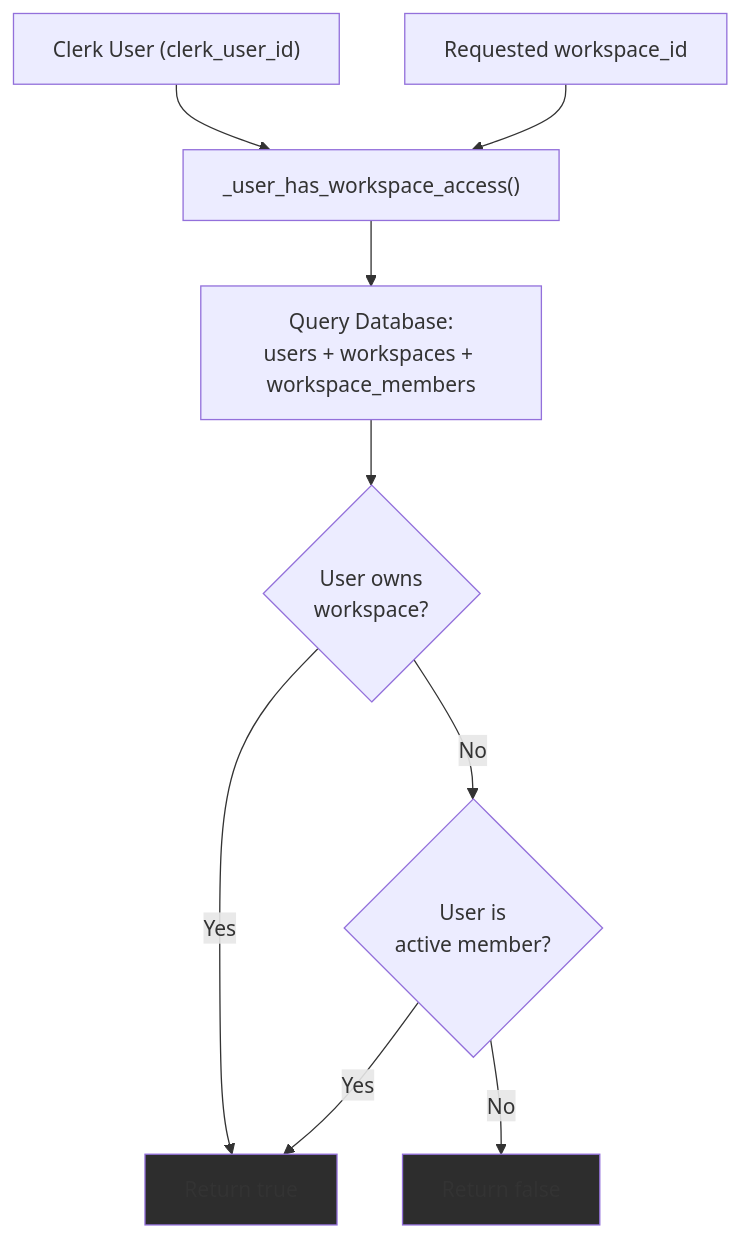
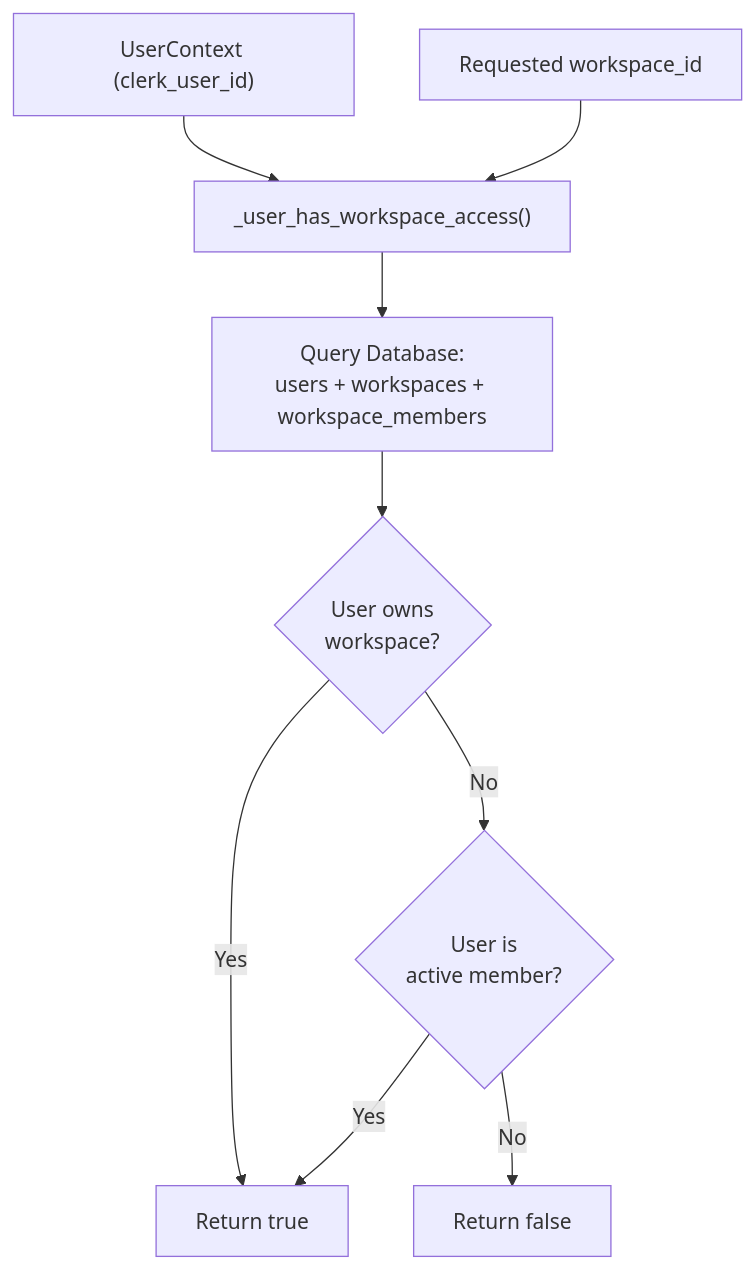
Before and after one commit to AutomatosAI/automatos-ai: the second of 3 diagrams in docs/authentication-multi-tenancy/workspace-management.md, drawn with Mermaid. The commit also changed other lines of this file and 149 other files, not shown here.

Commit message:
docs: refresh documentation with graphify semantic scan

````diff
--- a/docs/authentication-multi-tenancy/workspace-management.md
+++ b/docs/authentication-multi-tenancy/workspace-management.md
@@ -96,27 +105,24 @@
 ```mermaid
 graph TB
-    ClerkUser["Clerk User (clerk_user_id)"]
+    ClerkUser["UserContext (clerk_user_id)"]
     WSRequest["Requested workspace_id"]
     
     Verify["_user_has_workspace_access()"]
     
     QueryDB["Query Database:<br/>users + workspaces + workspace_members"]
     
     CheckOwner{"User owns<br/>workspace?"}
     CheckMember{"User is<br/>active member?"}
     
     GrantAccess["Return true"]
     DenyAccess["Return false"]
     
     ClerkUser --> Verify
     WSRequest --> Verify
     Verify --> QueryDB
     QueryDB --> CheckOwner
     CheckOwner -->|Yes| GrantAccess
     CheckOwner -->|No| CheckMember
     CheckMember -->|Yes| GrantAccess
     CheckMember -->|No| DenyAccess
-    
-    style GrantAccess fill:#2d2d2d
-    style DenyAccess fill:#2d2d2d
 ```
````
